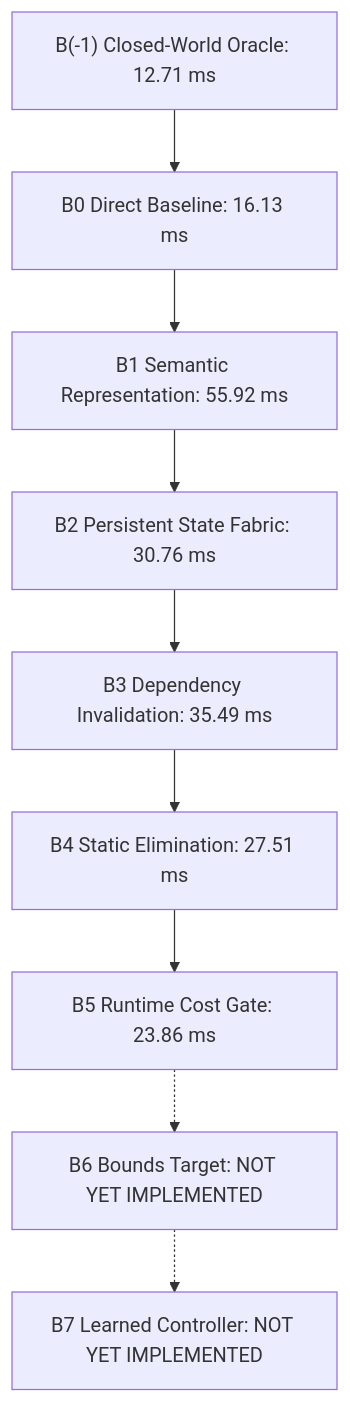
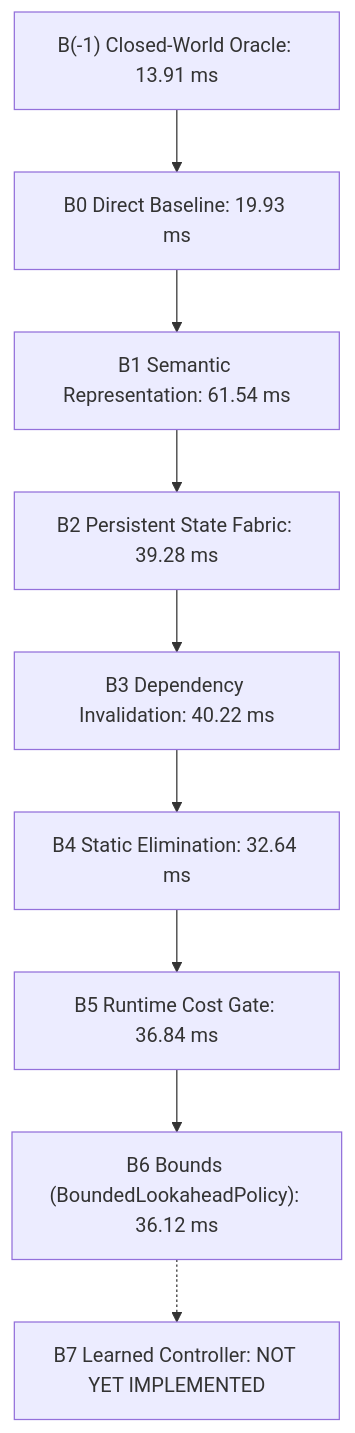
The second of 2 diagrams in docs/BENCHMARK_REPORT.md (PrivateAccount-01/CNE), drawn with Mermaid before and after one commit. The commit also changed other lines of this file and 18 other files, not shown here.

````diff
--- a/docs/BENCHMARK_REPORT.md
+++ b/docs/BENCHMARK_REPORT.md
@@ -87,11 +87,11 @@
 ```mermaid
 graph TD
-    Bm1["B(-1) Closed-World Oracle: 12.71 ms"] --> B0["B0 Direct Baseline: 16.13 ms"]
-    B0 --> B1["B1 Semantic Representation: 55.92 ms"]
-    B1 --> B2["B2 Persistent State Fabric: 30.76 ms"]
-    B2 --> B3["B3 Dependency Invalidation: 35.49 ms"]
-    B3 --> B4["B4 Static Elimination: 27.51 ms"]
-    B4 --> B5["B5 Runtime Cost Gate: 23.86 ms"]
-    B5 -.-> B6["B6 Bounds Target: NOT YET IMPLEMENTED"]
+    Bm1["B(-1) Closed-World Oracle: 13.91 ms"] --> B0["B0 Direct Baseline: 19.93 ms"]
+    B0 --> B1["B1 Semantic Representation: 61.54 ms"]
+    B1 --> B2["B2 Persistent State Fabric: 39.28 ms"]
+    B2 --> B3["B3 Dependency Invalidation: 40.22 ms"]
+    B3 --> B4["B4 Static Elimination: 32.64 ms"]
+    B4 --> B5["B5 Runtime Cost Gate: 36.84 ms"]
+    B5 --> B6["B6 Bounds (BoundedLookaheadPolicy): 36.12 ms"]
     B6 -.-> B7["B7 Learned Controller: NOT YET IMPLEMENTED"]
 ```
````
